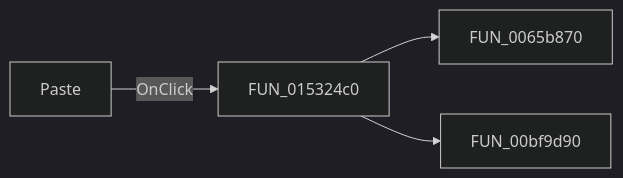
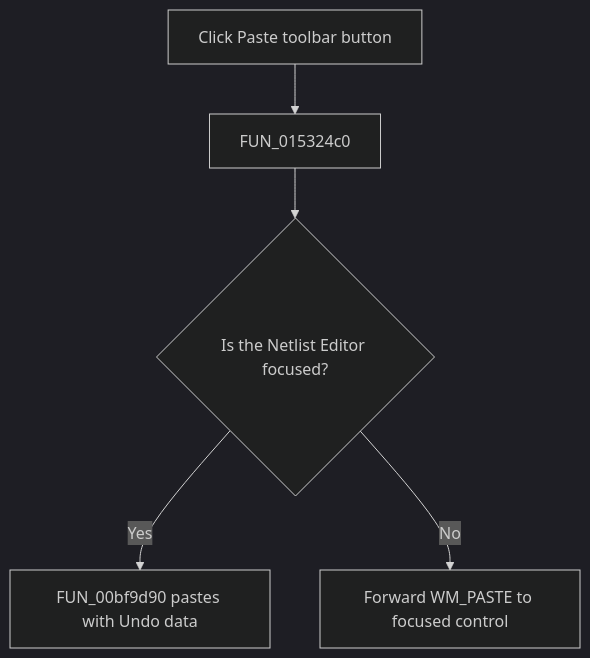
Before and after one commit to MovGP0/TIARA: the diagram in docs/ui-controls/netlisteditor/pastebutton-77df9e473a.md, drawn with Mermaid (dark theme). The commit also changed other lines of this file and 1062 other files, not shown here.

````diff
--- a/docs/ui-controls/netlisteditor/pastebutton-77df9e473a.md
+++ b/docs/ui-controls/netlisteditor/pastebutton-77df9e473a.md
@@ -27,6 +29,7 @@
 ```mermaid
-flowchart LR
-    control["Paste"] -->|OnClick| handler["FUN_015324c0"]
-    handler --> call1["FUN_0065b870"]
-    handler --> call2["FUN_00bf9d90"]
+flowchart TD
+    control["Click Paste toolbar button"] --> handler["FUN_015324c0"]
+    handler --> focus{"Is the Netlist Editor focused?"}
+    focus -->|Yes| editor["FUN_00bf9d90 pastes with Undo data"]
+    focus -->|No| forward["Forward WM_PASTE to focused control"]
 ```
````
